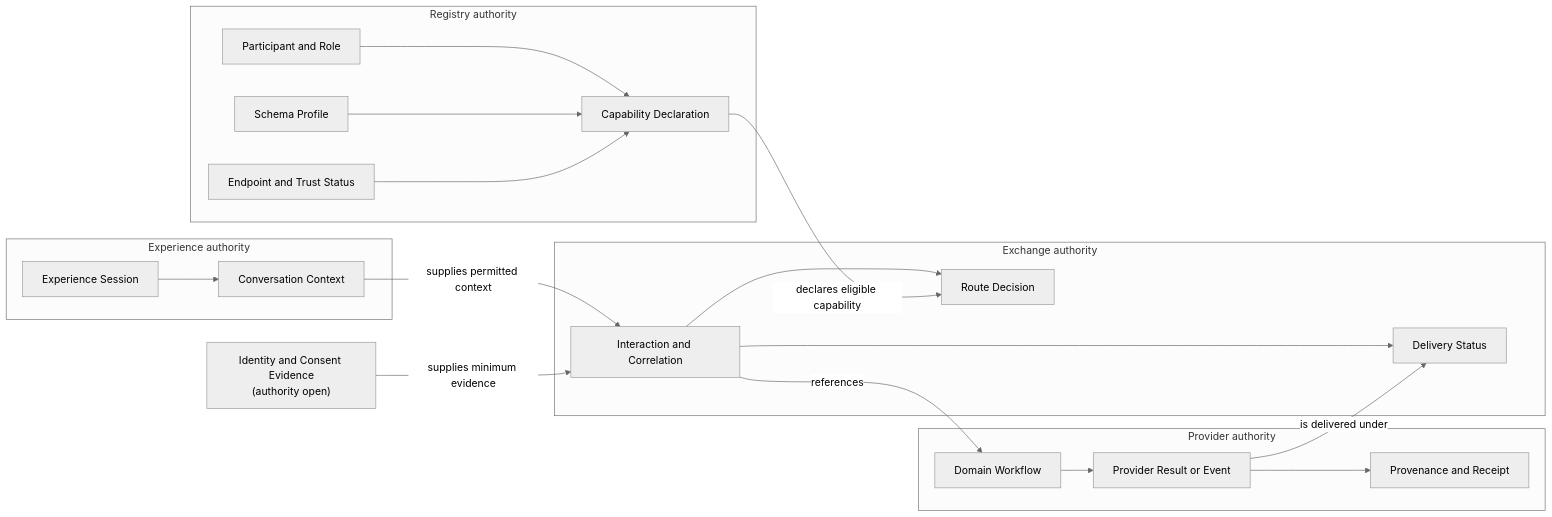
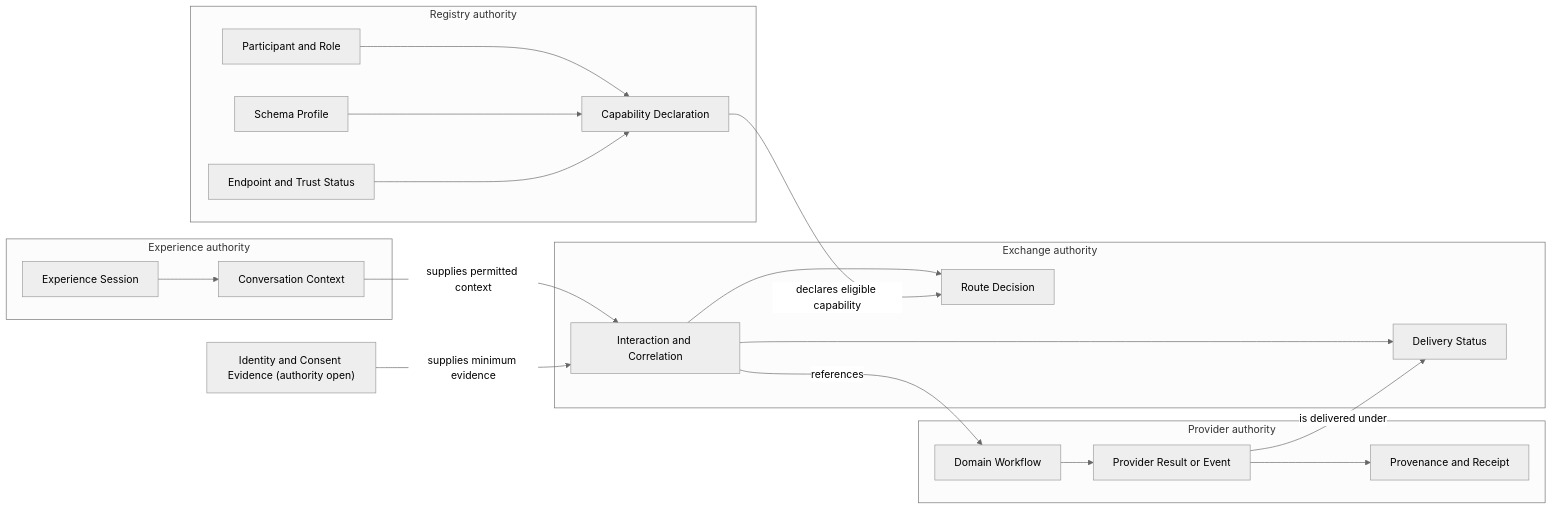
The fifth of 8 diagrams in PROPOSED_ARCHITECTURE.md (manjudr/documents), drawn with Mermaid (neutral theme) before and after one commit. The commit also changed other lines of this file and 1 other file, not shown here.

Commit message:
docs: make proposed Mermaid labels GitHub-safe

````diff
--- a/PROPOSED_ARCHITECTURE.md
+++ b/PROPOSED_ARCHITECTURE.md
@@ -418,42 +418,42 @@
 ```mermaid
 flowchart LR
   subgraph EA["Experience authority"]
     ES["Experience Session"]
     CC["Conversation Context"]
     ES --> CC
   end
 
   subgraph RA["Registry authority"]
     PT["Participant and Role"]
     CD["Capability Declaration"]
     SP["Schema Profile"]
     EP["Endpoint and Trust Status"]
     PT --> CD
     SP --> CD
     EP --> CD
   end
 
   subgraph XA["Exchange authority"]
     IN["Interaction and Correlation"]
     RD["Route Decision"]
     DS["Delivery Status"]
     IN --> RD
     IN --> DS
   end
 
   subgraph PA["Provider authority"]
     WF["Domain Workflow"]
     RS["Provider Result or Event"]
     PR["Provenance and Receipt"]
     WF --> RS
     RS --> PR
   end
 
-  ID["Identity and Consent Evidence<br/>(authority open)"]
+  ID["Identity and Consent Evidence (authority open)"]
 
   CC -->|"supplies permitted context"| IN
   ID -->|"supplies minimum evidence"| IN
   CD -->|"declares eligible capability"| RD
   IN -->|"references"| WF
   RS -->|"is delivered under"| DS
 ```
````
